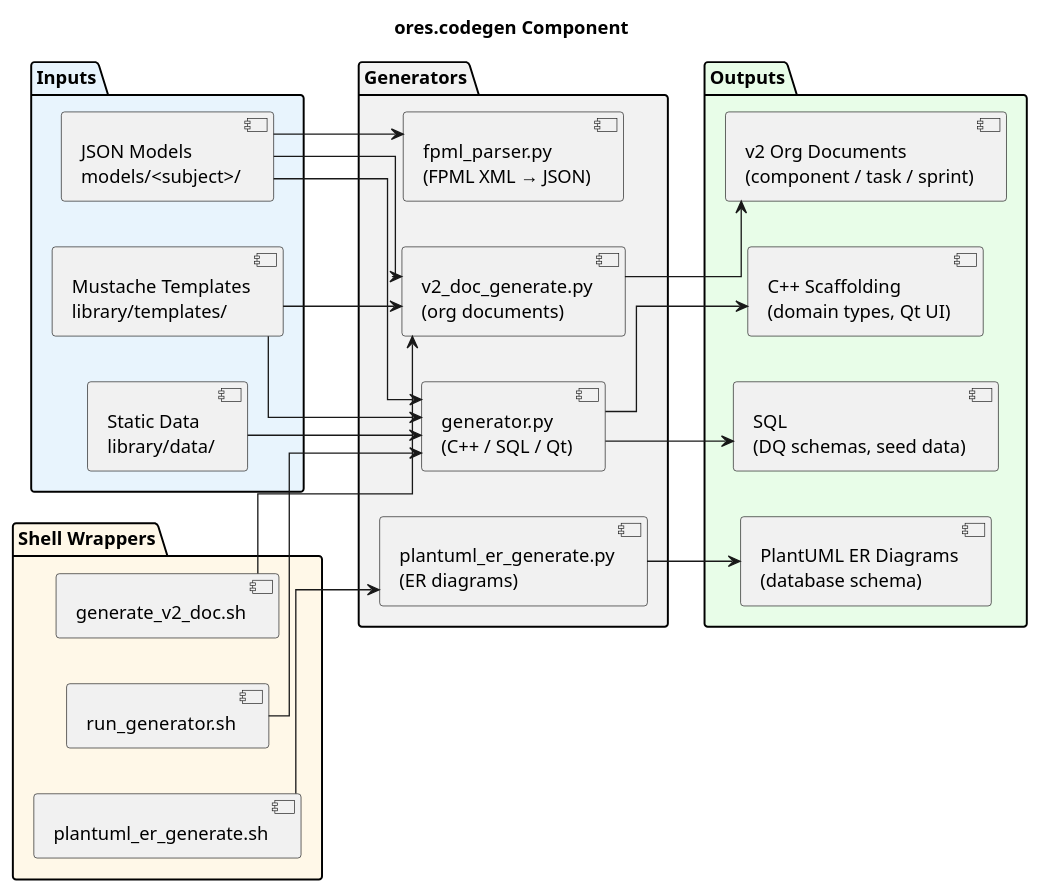
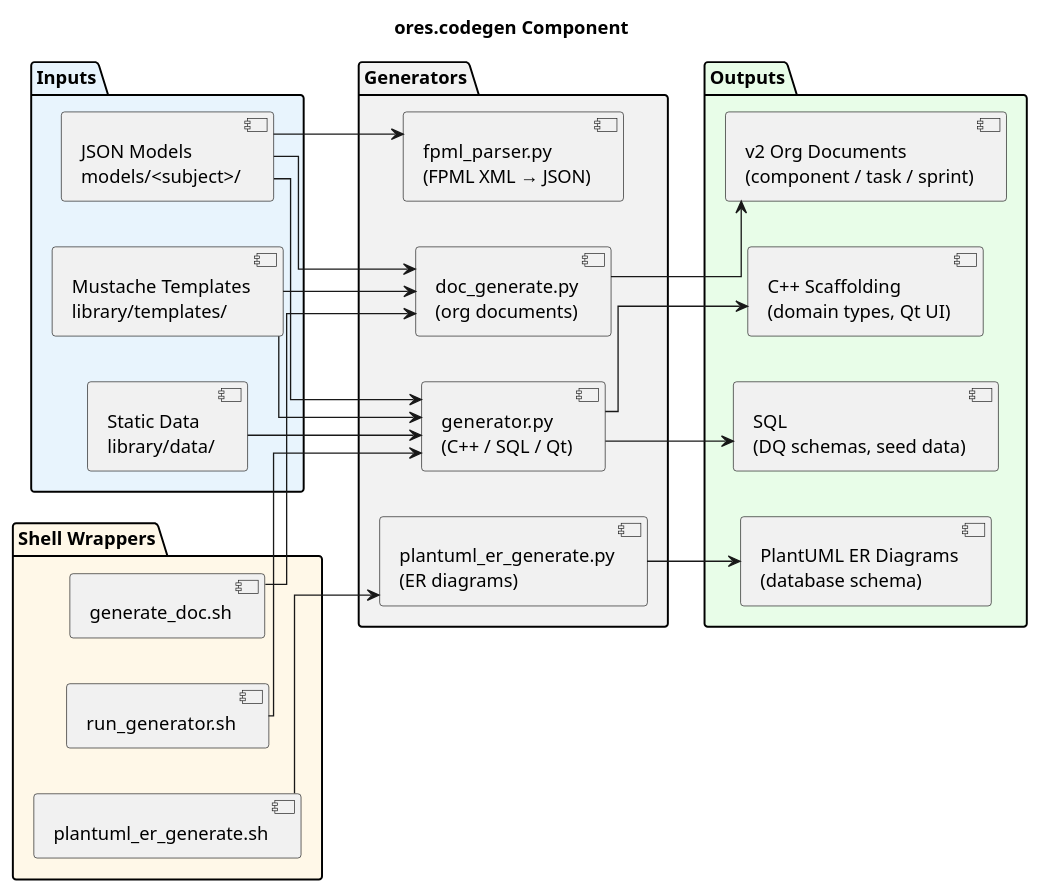
One commit to OreStudio/OreStudio changed the diagram in projects/ores.codegen/modeling/ores.codegen.puml. Above: the diagram before and after it, drawn with PlantUML. The commit also changed 47 other files, not shown here.

```diff
--- a/projects/ores.codegen/modeling/ores.codegen.puml
+++ b/projects/ores.codegen/modeling/ores.codegen.puml
@@ -18,57 +18,57 @@
 @startuml
 
 title ores.codegen Component
 
 skinparam linetype ortho
 left to right direction
 
 package "Inputs" #E8F4FD {
     [JSON Models\nmodels/<subject>/] as models
     [Mustache Templates\nlibrary/templates/] as templates
     [Static Data\nlibrary/data/] as data
 }
 
 package "Generators" #F2F2F2 {
     [generator.py\n(C++ / SQL / Qt)] as gen
-    [v2_doc_generate.py\n(org documents)] as docgen
+    [doc_generate.py\n(org documents)] as docgen
     [fpml_parser.py\n(FPML XML → JSON)] as fpml
     [plantuml_er_generate.py\n(ER diagrams)] as ergen
 }
 
 package "Shell Wrappers" #FFF8E8 {
     [run_generator.sh] as runsh
-    [generate_v2_doc.sh] as docsh
+    [generate_doc.sh] as docsh
     [plantuml_er_generate.sh] as ersh
 }
 
 package "Outputs" #E8FDE8 {
     [SQL\n(DQ schemas, seed data)] as sql
     [C++ Scaffolding\n(domain types, Qt UI)] as cpp
     [v2 Org Documents\n(component / task / sprint)] as orgdocs
     [PlantUML ER Diagrams\n(database schema)] as erdiag
 }
 
 runsh --> gen
 docsh --> docgen
 ersh --> ergen
 
 models --> gen
 templates --> gen
 data --> gen
 
 models --> docgen
 templates --> docgen
 
 models --> fpml
 
 gen --> sql
 gen --> cpp
 
 docgen --> orgdocs
 
 ergen --> erdiag
 
 ' Local Variables:
 ' compile-command: "java -Djava.awt.headless=true -DPLANTUML_SECURITY_PROFILE=UNSECURE -DPLANTUML_LIMIT_SIZE=65535 -jar /usr/share/plantuml/plantuml.jar ores.codegen.puml"
 ' End:
 @enduml
```
